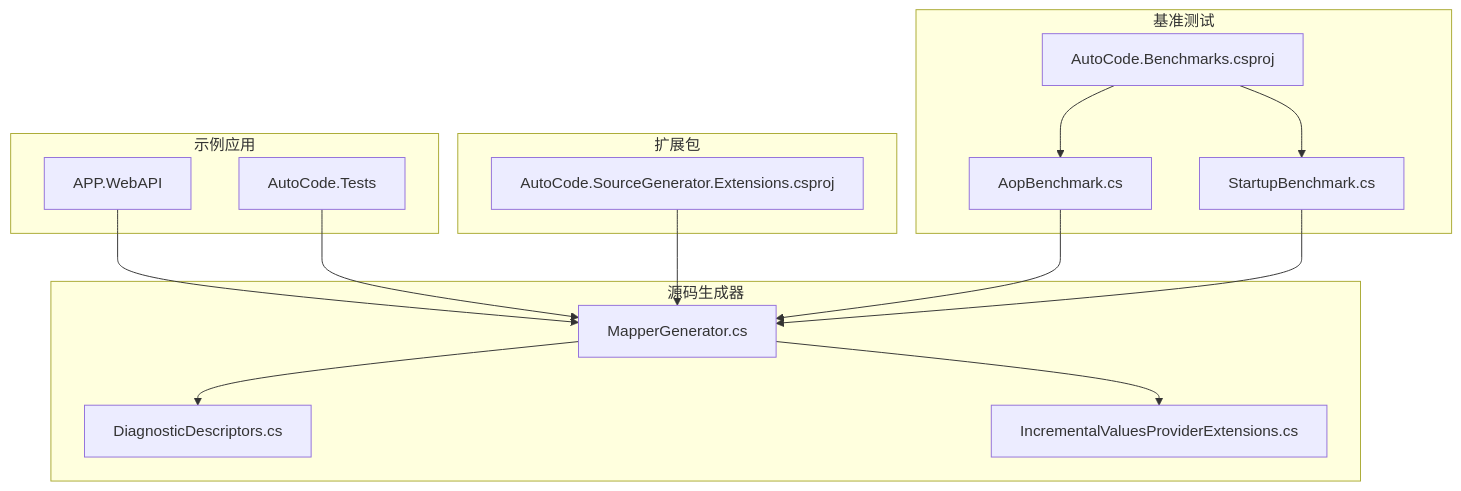
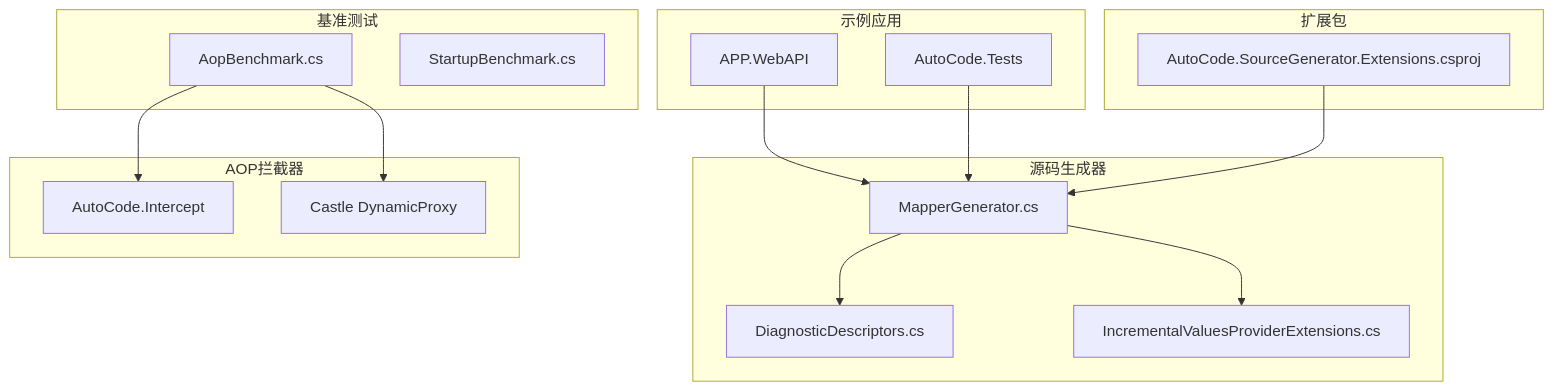
The first of 6 diagrams in .qoder/repowiki/zh/content/调试与诊断/性能监控与优化.md (alivy/AutoCode), drawn with Mermaid before and after one commit. The commit also changed other lines of this file and 279 other files, not shown here.

````diff
--- a/.qoder/repowiki/zh/content/调试与诊断/性能监控与优化.md
+++ b/.qoder/repowiki/zh/content/调试与诊断/性能监控与优化.md
@@ -56,29 +57,30 @@
 ```mermaid
 graph TB
 subgraph "源码生成器"
 MapGen["MapperGenerator.cs"]
 Diag["DiagnosticDescriptors.cs"]
 IncExt["IncrementalValuesProviderExtensions.cs"]
 end
-subgraph "扩展包"
-ProjExt["AutoCode.SourceGenerator.Extensions.csproj"]
-end
 subgraph "基准测试"
 AopBench["AopBenchmark.cs"]
 StartBench["StartupBenchmark.cs"]
-BenchProj["AutoCode.Benchmarks.csproj"]
+end
+subgraph "AOP拦截器"
+Intercept["AutoCode.Intercept"]
+CastleProxy["Castle DynamicProxy"]
+end
+subgraph "扩展包"
+ProjExt["AutoCode.SourceGenerator.Extensions.csproj"]
 end
 subgraph "示例应用"
 WebAPI["APP.WebAPI"]
 Tests["AutoCode.Tests"]
 end
 MapGen --> IncExt
 MapGen --> Diag
+AopBench --> Intercept
+AopBench --> CastleProxy
 WebAPI --> MapGen
 Tests --> MapGen
 ProjExt --> MapGen
-AopBench --> MapGen
-StartBench --> MapGen
-BenchProj --> AopBench
-BenchProj --> StartBench
 ```
````
